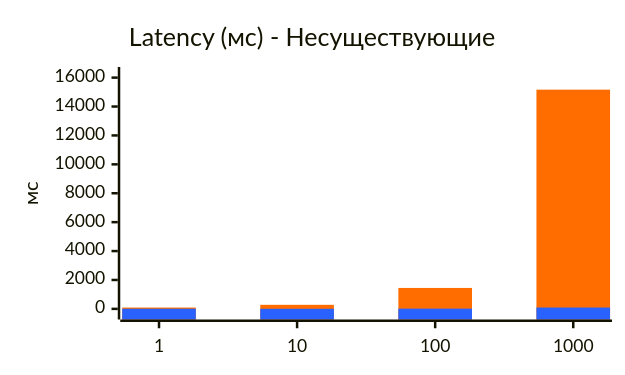
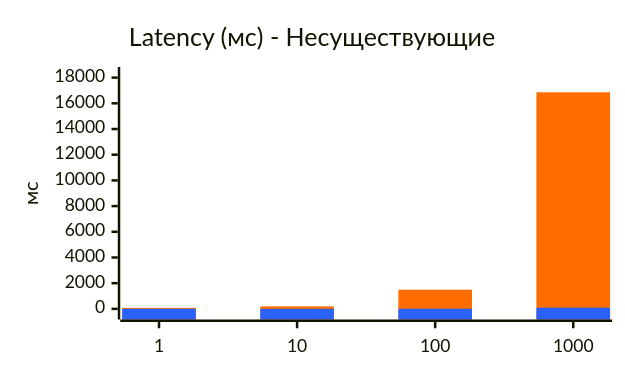
One commit to dloshkarev/highloadarchitect changed the second of 6 diagrams in docs/reports/hw2/report.md. Above: the diagram before and after it, drawn with Mermaid. The commit also changed other lines of this file and 3 other files, not shown here.

````diff
--- a/docs/reports/hw2/report.md
+++ b/docs/reports/hw2/report.md
@@ -105,9 +205,9 @@
 ```mermaid
-%%{init: {"xyChart": {"width": 480, "height": 280}, "themeVariables": {"xyChart": {"plotColorPalette": "#ff6d00, #2962ff"}}}}%%
+%%{init: {"xyChart": {"width": 480, "height": 280, "showLegend": true}, "themeVariables": {"xyChart": {"plotColorPalette": "#ff6d00, #2962ff"}}}}%%
 xychart-beta
     title "Latency (мс) -  Несуществующие"
     x-axis ["1", "10", "100", "1000"]
-    y-axis "мс" 0 --> 16000
-    bar [91.007, 279.910, 1448.021, 15167.750]
-    bar [10.633, 5.790, 16.830, 92.367]
+    y-axis "мс" 0 --> 18000
+    bar "без индекса" [78.738, 193.381, 1492.080, 16858.652]
+    bar "с индексом" [4.857, 3.602, 9.888, 95.319]
 ```
````
